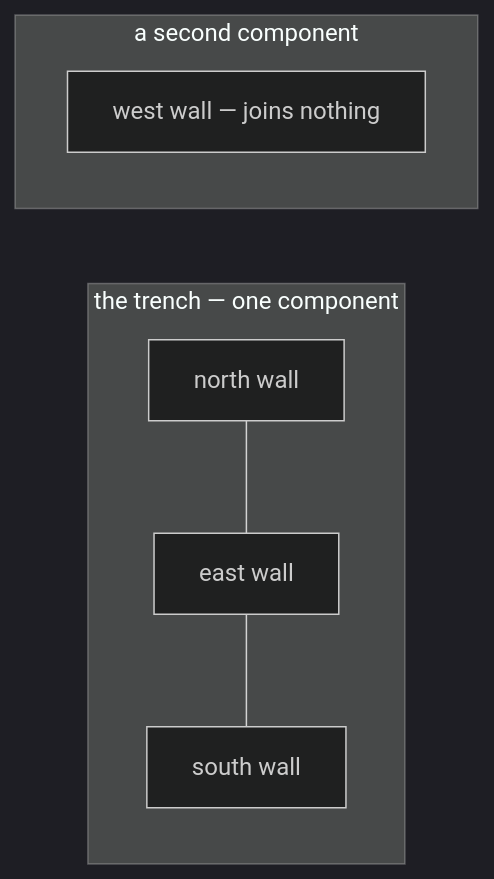
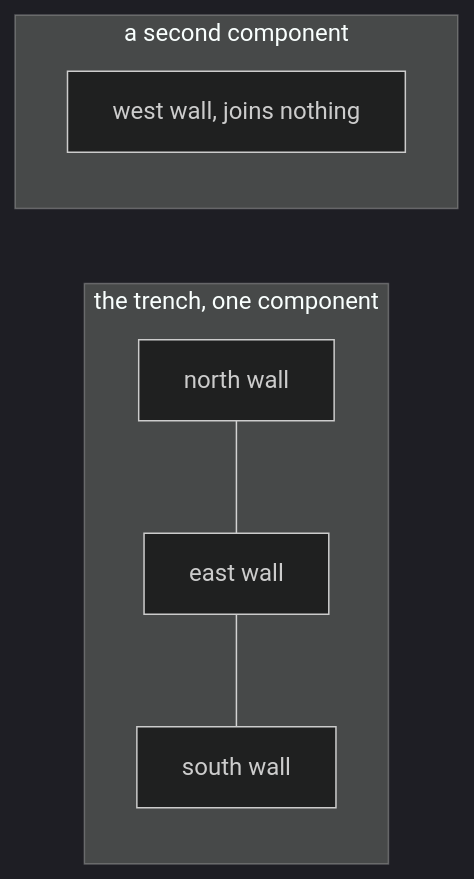
Before and after one commit to jennarbates/StratigraphyGenerator: the diagram in docs/cs/connected-components.md, drawn with Mermaid (dark theme). The commit also changed other lines of this file and 309 other files, not shown here.

````diff
--- a/docs/cs/connected-components.md
+++ b/docs/cs/connected-components.md
@@ -39,10 +39,10 @@
 ```mermaid
 flowchart LR
-  subgraph trench["the trench — one component"]
+  subgraph trench["the trench, one component"]
     N["north wall"] --- E["east wall"]
     E --- S["south wall"]
   end
   subgraph orphan["a second component"]
-    W["west wall — joins nothing"]
+    W["west wall, joins nothing"]
   end
 ```
````
